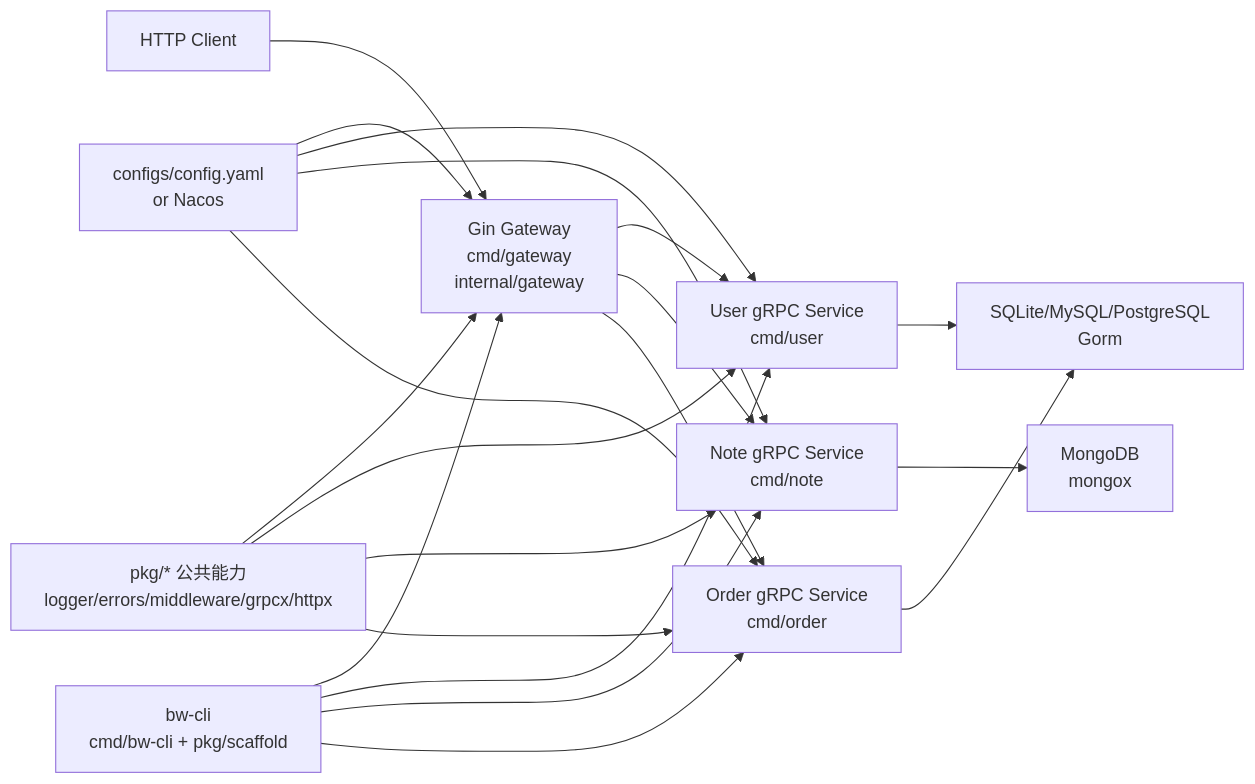
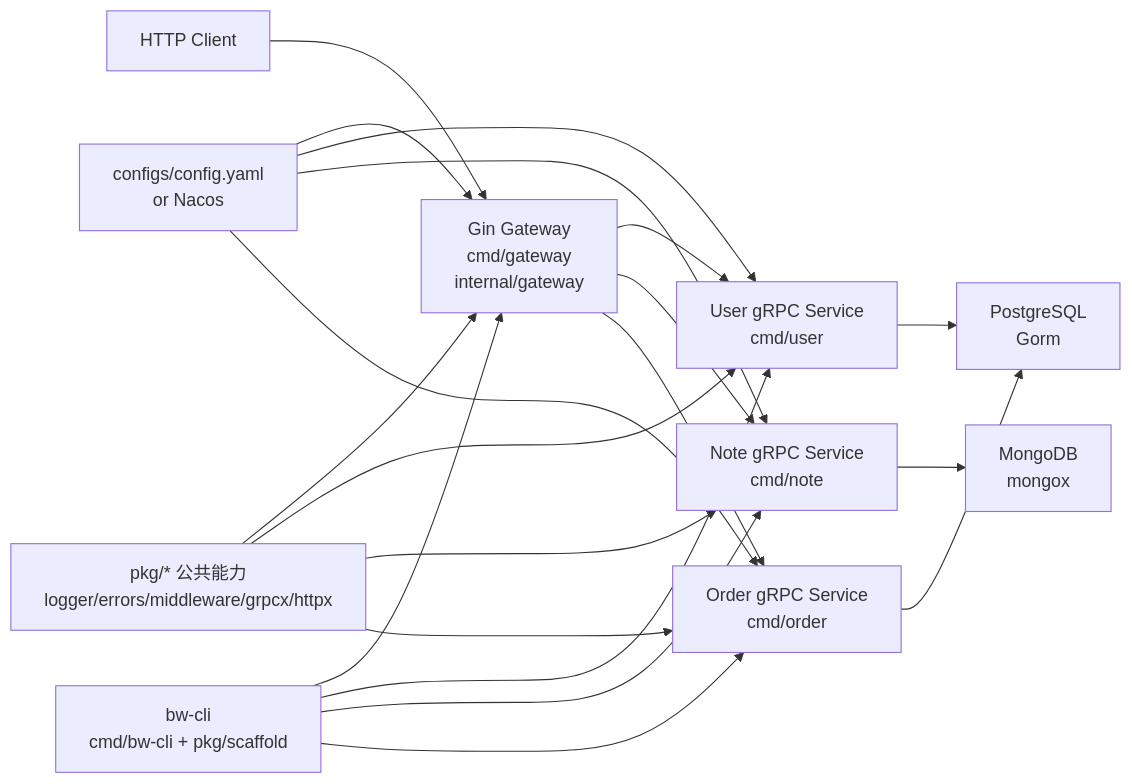
One commit to xuey490/Meerkat changed the diagram in webserver/docs/onboarding.md. Above: the diagram before and after it, drawn with Mermaid. The commit also changed other lines of this file and 651 other files, not shown here.

````diff
--- a/webserver/docs/onboarding.md
+++ b/webserver/docs/onboarding.md
@@ -33,33 +33,33 @@
 ```mermaid
 flowchart LR
     Client["HTTP Client"]
     Gateway["Gin Gateway\ncmd/gateway\ninternal/gateway"]
     User["User gRPC Service\ncmd/user"]
     Note["Note gRPC Service\ncmd/note"]
     Order["Order gRPC Service\ncmd/order"]
-    SQL["SQLite/MySQL/PostgreSQL\nGorm"]
+    SQL["PostgreSQL\nGorm"]
     Mongo["MongoDB\nmongox"]
     Config["configs/config.yaml\nor Nacos"]
     Common["pkg/* 公共能力\nlogger/errors/middleware/grpcx/httpx"]
     CLI["bw-cli\ncmd/bw-cli + pkg/scaffold"]
 
     Client --> Gateway
     Gateway --> User
     Gateway --> Note
     Gateway --> Order
     User --> SQL
     Order --> SQL
     Note --> Mongo
     Config --> Gateway
     Config --> User
     Config --> Note
     Config --> Order
     Common --> Gateway
     Common --> User
     Common --> Note
     Common --> Order
     CLI --> Gateway
     CLI --> User
     CLI --> Note
     CLI --> Order
 ```
````
